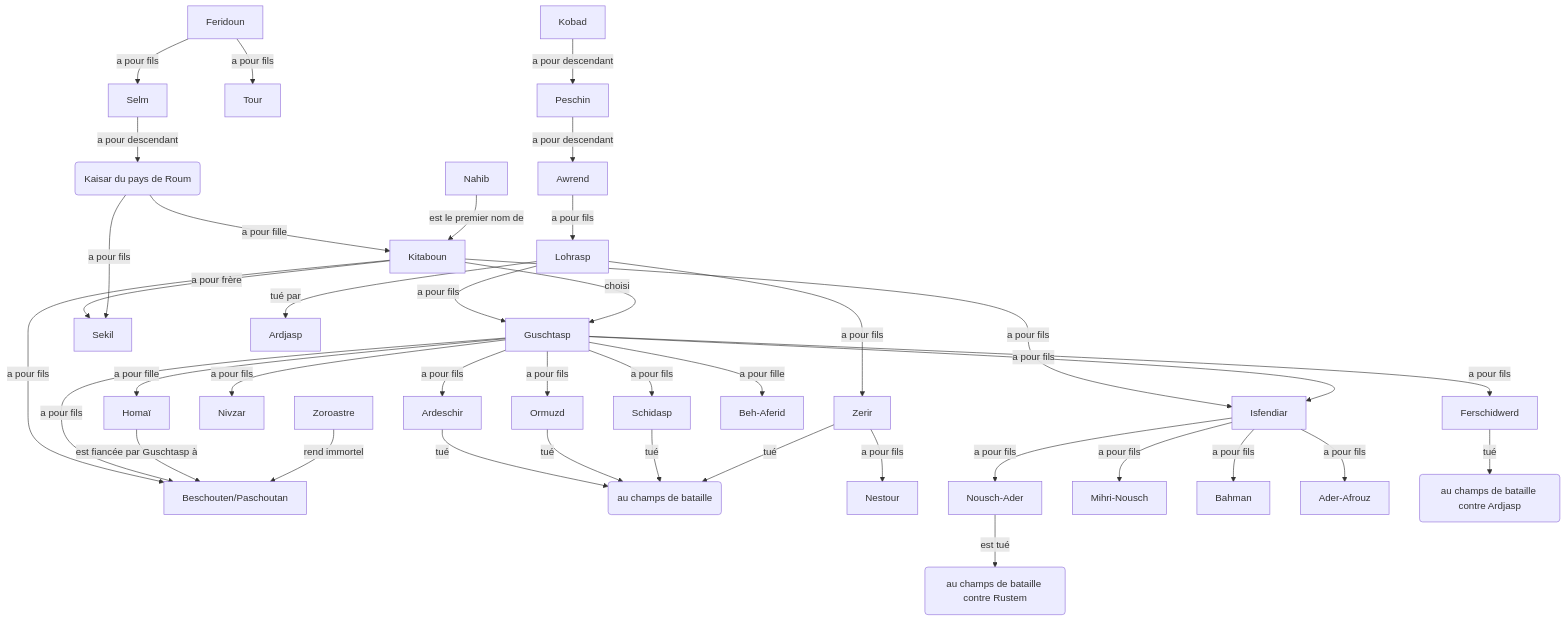
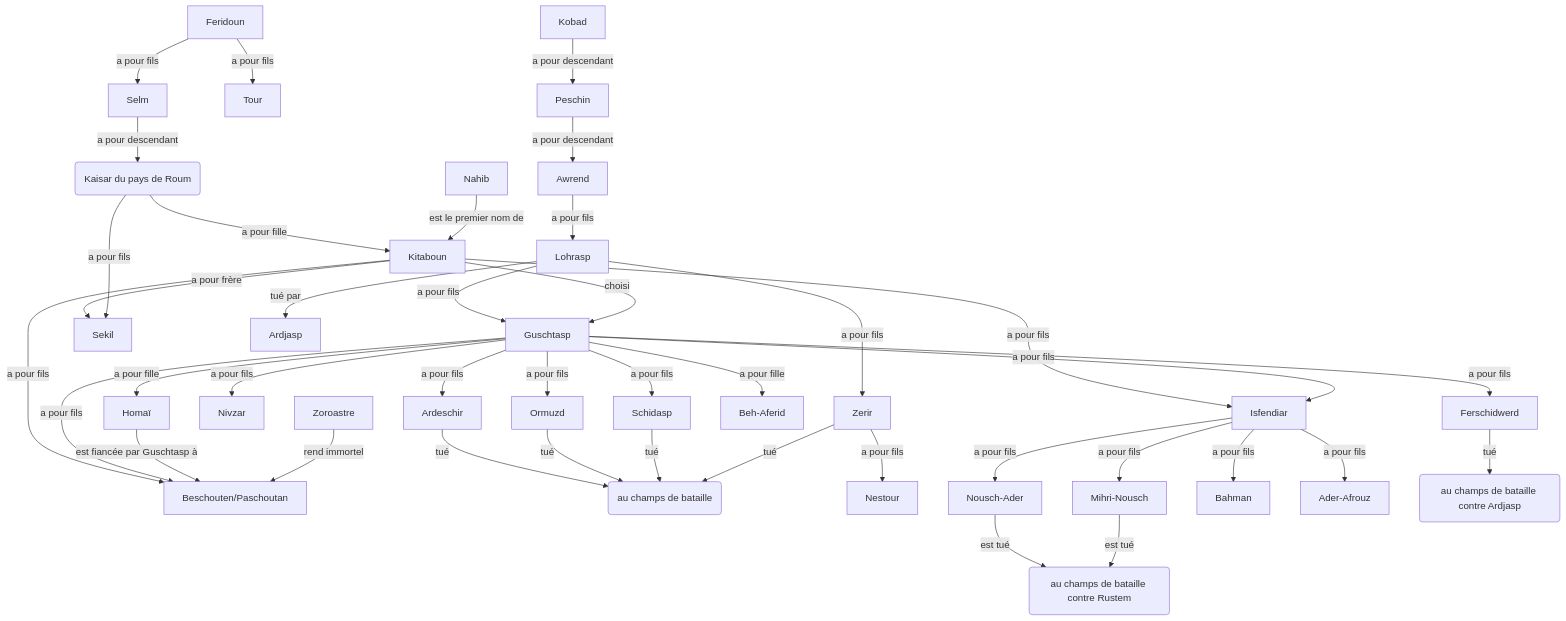
One commit to hdorgeval/le-livre-des-rois changed the diagram in src/graphs/lohrasp/lohrasp.mmd. Above: the diagram before and after it, drawn with Mermaid. The commit also changed 1 other file, not shown here.

```diff
--- a/src/graphs/lohrasp/lohrasp.mmd
+++ b/src/graphs/lohrasp/lohrasp.mmd
@@ -1,39 +1,40 @@
 graph TD
 Feridoun --a pour fils--> Selm
 Feridoun --a pour fils--> Tour
 Selm --a pour descendant--> K(Kaisar du pays de Roum)
 Kobad --a pour descendant--> Peschin
 Peschin --a pour descendant--> Awrend
 Awrend --a pour fils--> Lohrasp
 Lohrasp --a pour fils--> Guschtasp
 Kitaboun --choisi--> Guschtasp
 Lohrasp --a pour fils--> Zerir
 K(Kaisar du pays de Roum) --a pour fille --> Kitaboun
 Nahib --est le premier nom de --> Kitaboun
 Kitaboun --a pour frère--> Sekil
 K(Kaisar du pays de Roum) --a pour fils--> Sekil 
 Kitaboun --a pour fils--> Beschouten/Paschoutan
 Kitaboun --a pour fils--> Isfendiar
 Guschtasp --a pour fils--> Beschouten/Paschoutan
 Guschtasp --a pour fils--> Isfendiar
 Guschtasp --a pour fils--> Schidasp
 Guschtasp --a pour fils--> Nivzar
 Guschtasp --a pour fils--> Ardeschir
 Guschtasp --a pour fils--> Ormuzd
 Guschtasp --a pour fils--> Ferschidwerd
 Guschtasp --a pour fille--> Homaï
 Guschtasp --a pour fille--> Beh-Aferid
 Ardeschir --tué --> B(au champs de bataille)
 Ormuzd --tué --> B(au champs de bataille)
 Schidasp --tué --> B(au champs de bataille)
 Zerir --a pour fils--> Nestour
 Zerir --tué --> B(au champs de bataille)
 Isfendiar --a pour fils--> Nousch-Ader
 Isfendiar --a pour fils--> Mihri-Nousch
 Isfendiar --a pour fils--> Bahman
 Isfendiar --a pour fils--> Ader-Afrouz
 Homaï --est fiancée par Guschtasp à--> Beschouten/Paschoutan
 Zoroastre --rend immortel--> Beschouten/Paschoutan
 Lohrasp --tué par --> Ardjasp
 Ferschidwerd --tué --> C(au champs de bataille contre Ardjasp)
 Nousch-Ader --est tué --> D(au champs de bataille contre Rustem)
+Mihri-Nousch --est tué --> D(au champs de bataille contre Rustem)
```
